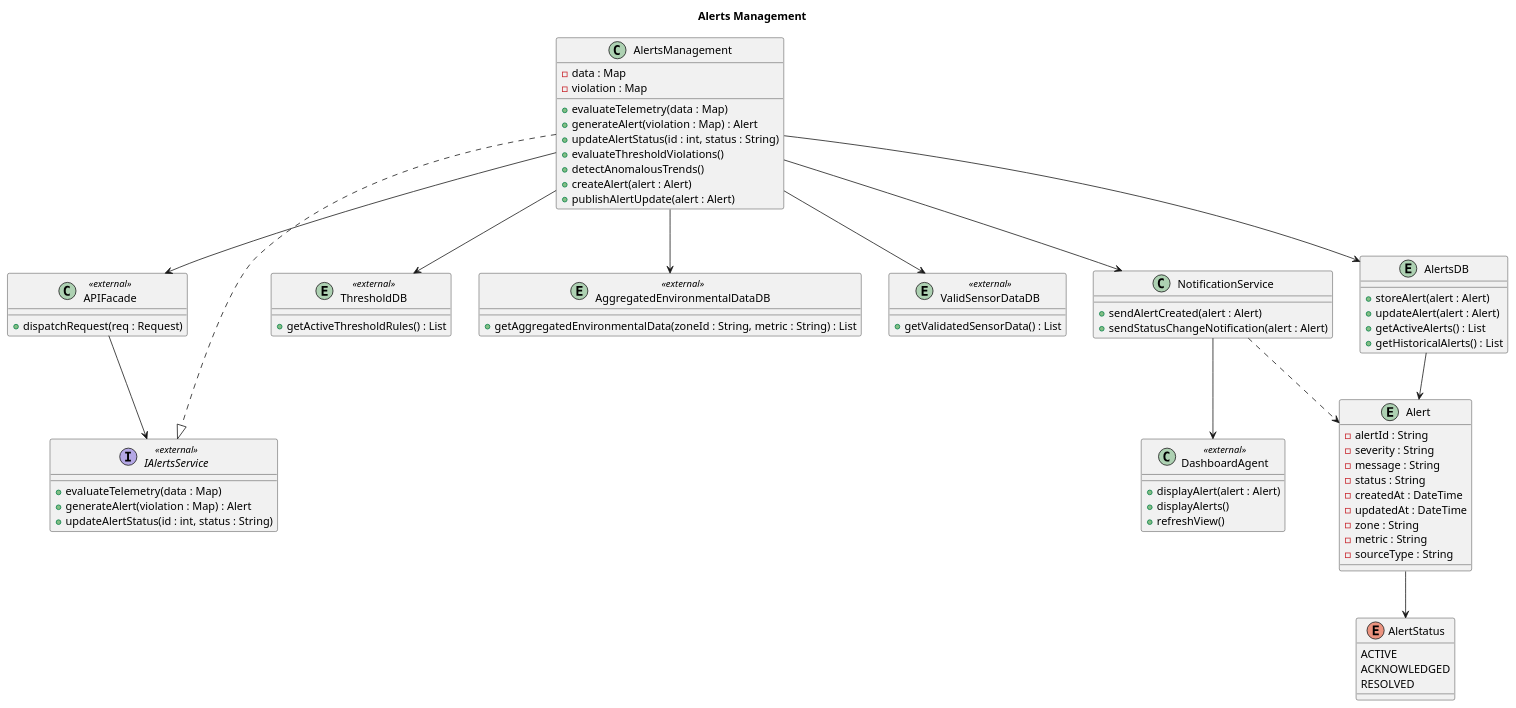
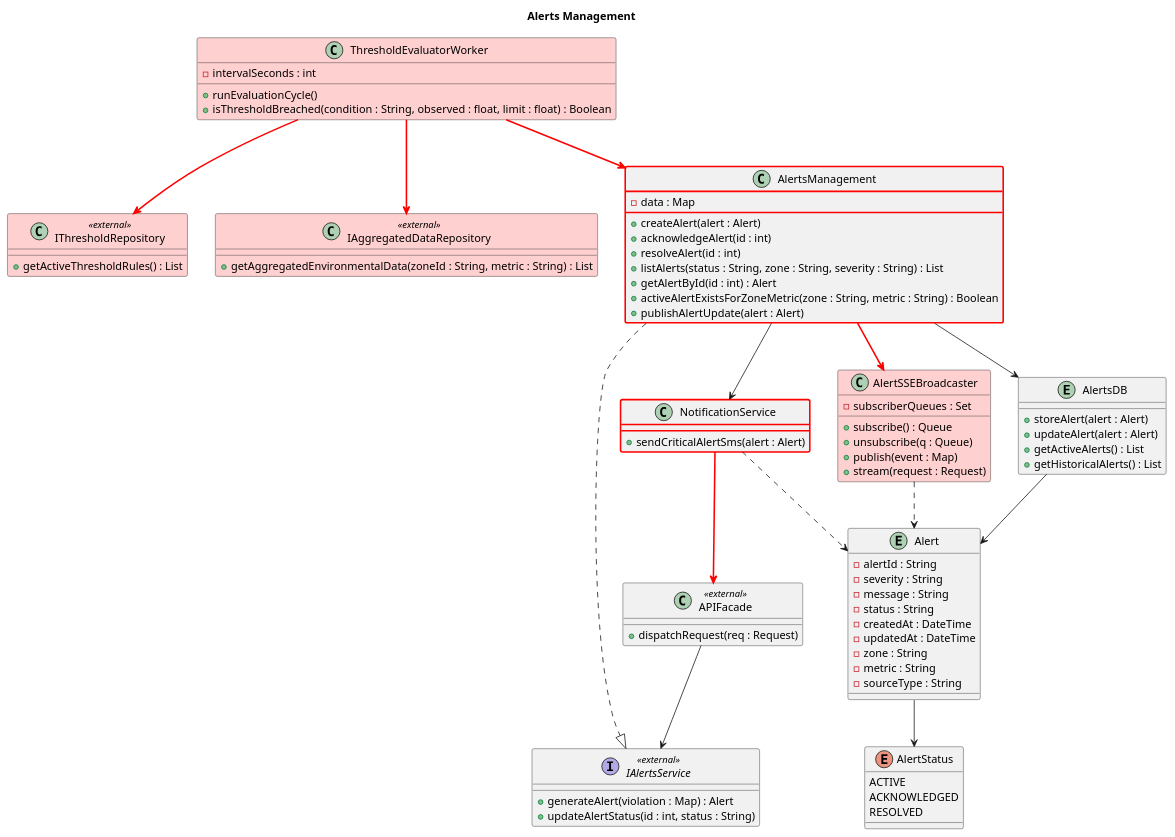
Before and after one commit to harmanpreet-sagar/SFWRENG-3A04-Group6-T01: the diagram in docs/diagrams/plantuml/class/AlertsManagement.puml, drawn with PlantUML. The commit also changed 10 other files, not shown here.

Commit message:
update uml diagrams, compiled uml diagrams, and d3 report

```diff
--- a/docs/diagrams/plantuml/class/AlertsManagement.puml
+++ b/docs/diagrams/plantuml/class/AlertsManagement.puml
@@ -1,92 +1,121 @@
 @startuml AlertsManagement_ClassDiagram
 title Alerts Management
 
 ' ─── External stubs ──────────────────────────────────────────
 class APIFacade <<external>> {
   +dispatchRequest(req : Request)
 }
 
 interface IAlertsService <<external>> {
-  +evaluateTelemetry(data : Map)
   +generateAlert(violation : Map) : Alert
   +updateAlertStatus(id : int, status : String)
 }
 
-class DashboardAgent <<external>> {
-  +displayAlert(alert : Alert)
-  +displayAlerts()
-  +refreshView()
-}
-
-entity ThresholdDB <<external>> {
+' NEW — replaces direct arrow AlertsManagement --> ThresholdDB.
+' ThresholdEvaluatorWorker depends on this interface only;
+' the concrete ThresholdDB lives in Threshold Management.
+class IThresholdRepository <<external>> #FFD0D0 {
   +getActiveThresholdRules() : List
 }
 
-entity AggregatedEnvironmentalDataDB <<external>> {
+' NEW — replaces direct arrow AlertsManagement --> AggregatedEnvironmentalDataDB.
+' The concrete class lives in Aggregation Management.
+class IAggregatedDataRepository <<external>> #FFD0D0 {
   +getAggregatedEnvironmentalData(zoneId : String, metric : String) : List
-}
-
-entity ValidSensorDataDB <<external>> {
-  +getValidatedSensorData() : List
 }
 
 ' ─── Own classes ─────────────────────────────────────────────
 entity Alert {
   -alertId : String
   -severity : String
   -message : String
   -status : String
   -createdAt : DateTime
   -updatedAt : DateTime
   -zone : String
   -metric : String
   -sourceType : String
 }
 
 enum AlertStatus {
   ACTIVE
   ACKNOWLEDGED
   RESOLVED
 }
 
-class AlertsManagement {
+' NEW — maps to threshold_evaluator_worker.py + threshold_evaluation.py.
+' Background asyncio task: polls every 5 s, compares latest aggregated
+' values against active thresholds, calls AlertsManagement.createAlert()
+' on breach. Absorbs evaluateThresholdViolations() and
+' detectAnomalousTrends() that were incorrectly on AlertsManagement.
+class ThresholdEvaluatorWorker #FFD0D0 {
+  -intervalSeconds : int
+  +runEvaluationCycle()
+  +isThresholdBreached(condition : String, observed : float, limit : float) : Boolean
+}
+
+' NEW — maps to alert_sse_broadcaster.py (AlertSSEBroadcaster).
+' Thread-safe in-memory fan-out to all connected SSE dashboard clients.
+' Decouples AlertsManagement from DashboardAgent entirely.
+class AlertSSEBroadcaster #FFD0D0 {
+  -subscriberQueues : Set
+  +subscribe() : Queue
+  +unsubscribe(q : Queue)
+  +publish(event : Map)
+  +stream(request : Request)
+}
+
+' MODIFIED — realigned with AlertService in alert_service.py.
+' Removed: evaluateTelemetry, generateAlert, evaluateThresholdViolations,
+'          detectAnomalousTrends (moved to ThresholdEvaluatorWorker).
+' Added:   acknowledgeAlert, resolveAlert, listAlerts, getAlertById,
+'          activeAlertExistsForZoneMetric (all in AlertService).
+class AlertsManagement ##[bold]red {
   -data : Map
-  -violation : Map
-  +evaluateTelemetry(data : Map)
-  +generateAlert(violation : Map) : Alert
-  +updateAlertStatus(id : int, status : String)
-  +evaluateThresholdViolations()
-  +detectAnomalousTrends()
   +createAlert(alert : Alert)
+  +acknowledgeAlert(id : int)
+  +resolveAlert(id : int)
+  +listAlerts(status : String, zone : String, severity : String) : List
+  +getAlertById(id : int) : Alert
+  +activeAlertExistsForZoneMetric(zone : String, metric : String) : Boolean
   +publishAlertUpdate(alert : Alert)
 }
 
-class NotificationService {
-  +sendAlertCreated(alert : Alert)
-  +sendStatusChangeNotification(alert : Alert)
+' MODIFIED — sendStatusChangeNotification() removed: does not exist in
+' notification_service.py. Only send_critical_alert_sms_if_configured()
+' exists (Twilio SMS, critical severity only).
+class NotificationService ##[bold]red {
+  +sendCriticalAlertSms(alert : Alert)
 }
 
 entity AlertsDB {
   +storeAlert(alert : Alert)
   +updateAlert(alert : Alert)
   +getActiveAlerts() : List
   +getHistoricalAlerts() : List
 }
 
 ' ─── Cross-subsystem connections ─────────────────────────────
 APIFacade        --> IAlertsService
 AlertsManagement ..|> IAlertsService
-AlertsManagement --> ThresholdDB
-AlertsManagement --> AggregatedEnvironmentalDataDB
-AlertsManagement --> ValidSensorDataDB
-AlertsManagement --> APIFacade
-NotificationService --> DashboardAgent
+
+' NEW — ThresholdEvaluatorWorker reads via interface stubs, not
+' concrete DB classes from other packages.
+ThresholdEvaluatorWorker -[#red,bold]-> IThresholdRepository
+ThresholdEvaluatorWorker -[#red,bold]-> IAggregatedDataRepository
+ThresholdEvaluatorWorker -[#red,bold]-> AlertsManagement
+
+' NEW — NotificationService now routes push-events through APIFacade
+' (the PAC Control) rather than directly to DashboardAgent.
+NotificationService -[#red,bold]-> APIFacade
 
 ' ─── Internal relationships ──────────────────────────────────
 AlertsManagement    --> AlertsDB
 AlertsManagement    --> NotificationService
+AlertsManagement    -[#red,bold]-> AlertSSEBroadcaster
 AlertsDB            --> Alert
 Alert               --> AlertStatus
 NotificationService ..> Alert
+AlertSSEBroadcaster ..> Alert
 
 @enduml
```
